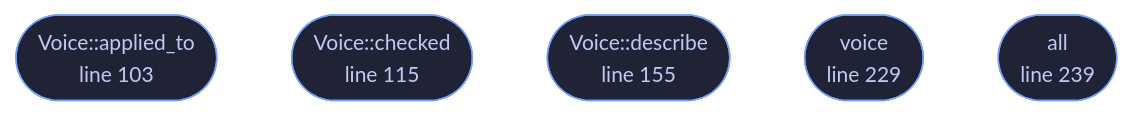
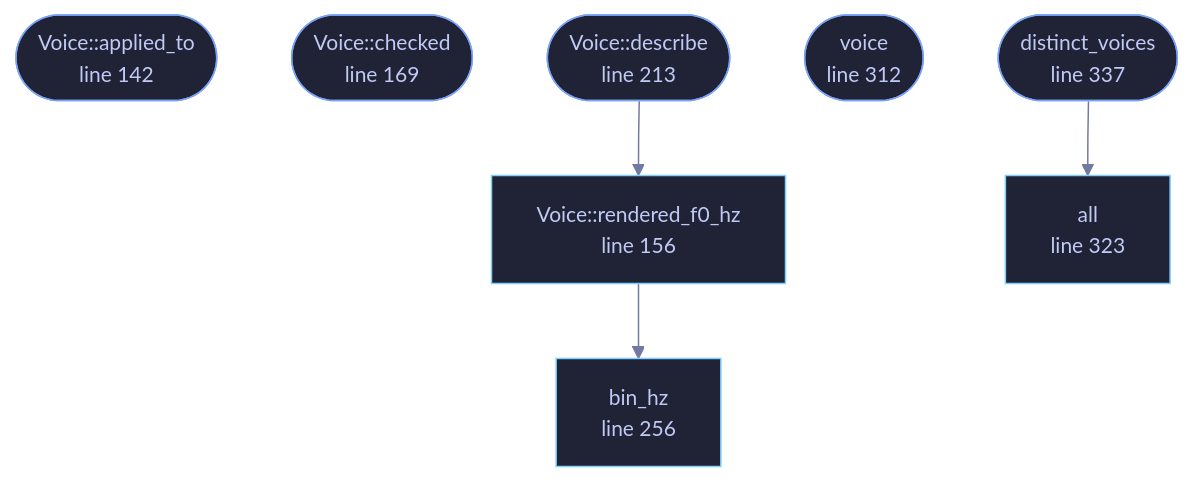
The diagram in wiki/File-veilvoice-core-voices.md (tilas01/veilvoice), drawn with Mermaid before and after one commit. The commit also changed other lines of this file and 43 other files, not shown here.

````diff
--- a/wiki/File-veilvoice-core-voices.md
+++ b/wiki/File-veilvoice-core-voices.md
@@ -112,16 +148,27 @@
 ```mermaid
 %%{init: {"theme":"base","themeVariables":{"background":"#1a1b26","primaryColor":"#1f2335","primaryTextColor":"#c0caf5","primaryBorderColor":"#7aa2f7","secondaryColor":"#16161e","tertiaryColor":"#16161e","lineColor":"#737aa2","textColor":"#c0caf5","mainBkg":"#1f2335","nodeBorder":"#7aa2f7","clusterBkg":"#16161e","clusterBorder":"#2f3549","fontFamily":"ui-monospace, SFMono-Regular, Consolas, monospace","fontSize":"14px"}}}%%
 flowchart TD
-    n_applied_to(["Voice::applied_to<br/>line 103"])
-    n_checked(["Voice::checked<br/>line 115"])
-    n_describe(["Voice::describe<br/>line 155"])
-    n_voice(["voice<br/>line 229"])
-    n_all(["all<br/>line 239"])
-    click n_applied_to href "https://github.com/tilas01/veilvoice/blob/main/crates/veilvoice-core/src/voices.rs#L103" "open the source"
-    click n_checked href "https://github.com/tilas01/veilvoice/blob/main/crates/veilvoice-core/src/voices.rs#L115" "open the source"
-    click n_describe href "https://github.com/tilas01/veilvoice/blob/main/crates/veilvoice-core/src/voices.rs#L155" "open the source"
-    click n_voice href "https://github.com/tilas01/veilvoice/blob/main/crates/veilvoice-core/src/voices.rs#L229" "open the source"
-    click n_all href "https://github.com/tilas01/veilvoice/blob/main/crates/veilvoice-core/src/voices.rs#L239" "open the source"
+    n_applied_to(["Voice::applied_to<br/>line 142"])
+    n_rendered_f0_hz["Voice::rendered_f0_hz<br/>line 156"]
+    n_checked(["Voice::checked<br/>line 169"])
+    n_describe(["Voice::describe<br/>line 213"])
+    n_bin_hz["bin_hz<br/>line 256"]
+    n_voice(["voice<br/>line 312"])
+    n_all["all<br/>line 323"]
+    n_distinct_voices(["distinct_voices<br/>line 337"])
+    n_describe --> n_rendered_f0_hz
+    n_distinct_voices --> n_all
+    n_rendered_f0_hz --> n_bin_hz
+    click n_applied_to href "https://github.com/tilas01/veilvoice/blob/main/crates/veilvoice-core/src/voices.rs#L142" "open the source"
+    click n_rendered_f0_hz href "https://github.com/tilas01/veilvoice/blob/main/crates/veilvoice-core/src/voices.rs#L156" "open the source"
+    click n_checked href "https://github.com/tilas01/veilvoice/blob/main/crates/veilvoice-core/src/voices.rs#L169" "open the source"
+    click n_describe href "https://github.com/tilas01/veilvoice/blob/main/crates/veilvoice-core/src/voices.rs#L213" "open the source"
+    click n_bin_hz href "https://github.com/tilas01/veilvoice/blob/main/crates/veilvoice-core/src/voices.rs#L256" "open the source"
+    click n_voice href "https://github.com/tilas01/veilvoice/blob/main/crates/veilvoice-core/src/voices.rs#L312" "open the source"
+    click n_all href "https://github.com/tilas01/veilvoice/blob/main/crates/veilvoice-core/src/voices.rs#L323" "open the source"
+    click n_distinct_voices href "https://github.com/tilas01/veilvoice/blob/main/crates/veilvoice-core/src/voices.rs#L337" "open the source"
     classDef entry fill:#1f2335,stroke:#7aa2f7,color:#c0caf5
-    class n_applied_to,n_checked,n_describe,n_voice,n_all entry
+    class n_applied_to,n_checked,n_describe,n_voice,n_distinct_voices entry
+    classDef api fill:#1f2335,stroke:#7dcfff,color:#c0caf5
+    class n_rendered_f0_hz,n_bin_hz,n_all api
 ```
````
